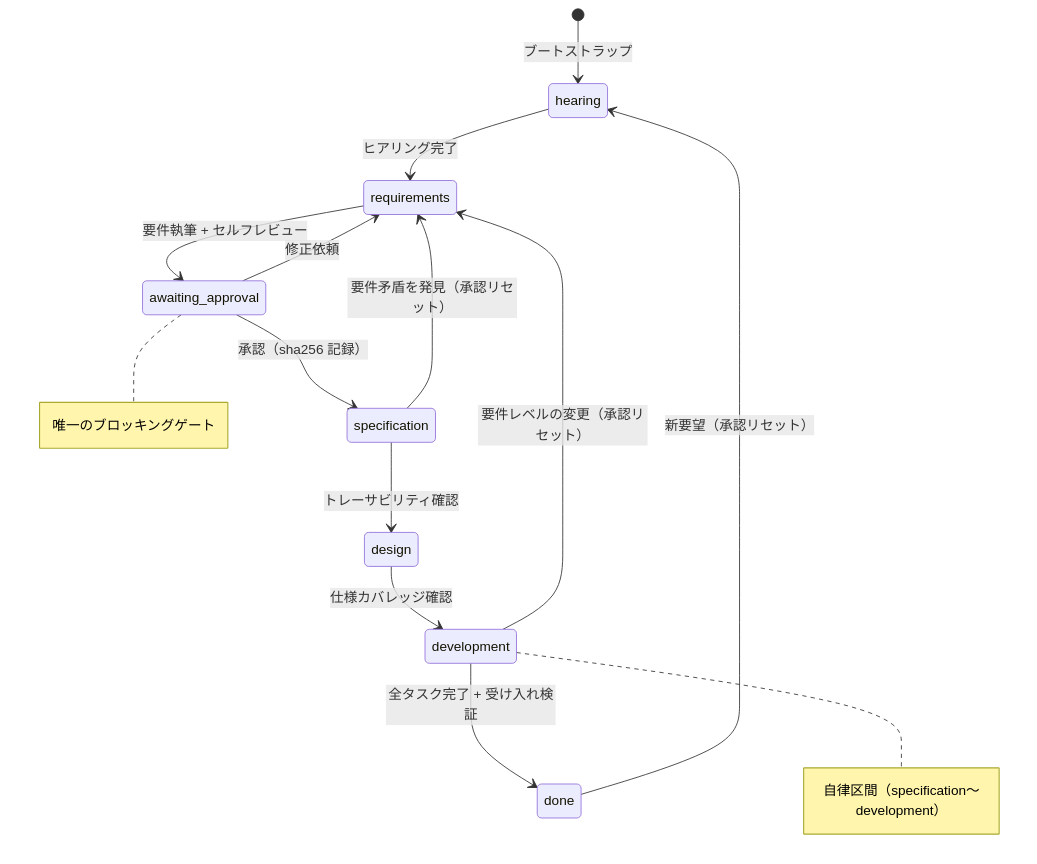
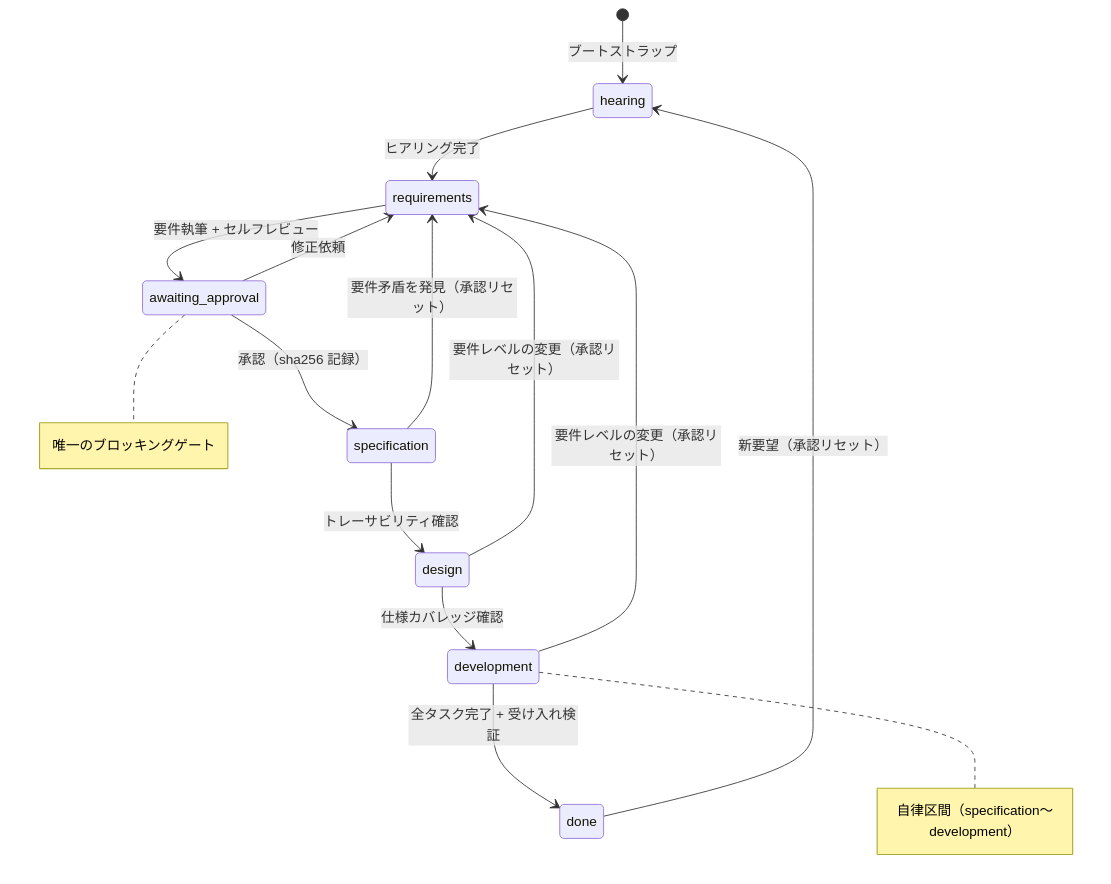
The first of 2 diagrams in README.md (Harurow/human-on-the-loop), drawn with Mermaid before and after one commit. The commit also changed 3 other files, not shown here.

````diff
--- a/README.md
+++ b/README.md
@@ -23,16 +23,17 @@
 ```mermaid
 stateDiagram-v2
     [*] --> hearing: ブートストラップ
     hearing --> requirements: ヒアリング完了
     requirements --> awaiting_approval: 要件執筆 + セルフレビュー
     awaiting_approval --> specification: 承認（sha256 記録）
     awaiting_approval --> requirements: 修正依頼
     specification --> design: トレーサビリティ確認
     design --> development: 仕様カバレッジ確認
     development --> done: 全タスク完了 + 受け入れ検証
     done --> hearing: 新要望（承認リセット）
     specification --> requirements: 要件矛盾を発見（承認リセット）
+    design --> requirements: 要件レベルの変更（承認リセット）
     development --> requirements: 要件レベルの変更（承認リセット）
     note right of awaiting_approval: 唯一のブロッキングゲート
     note right of development: 自律区間（specification〜development）
 ```
````
